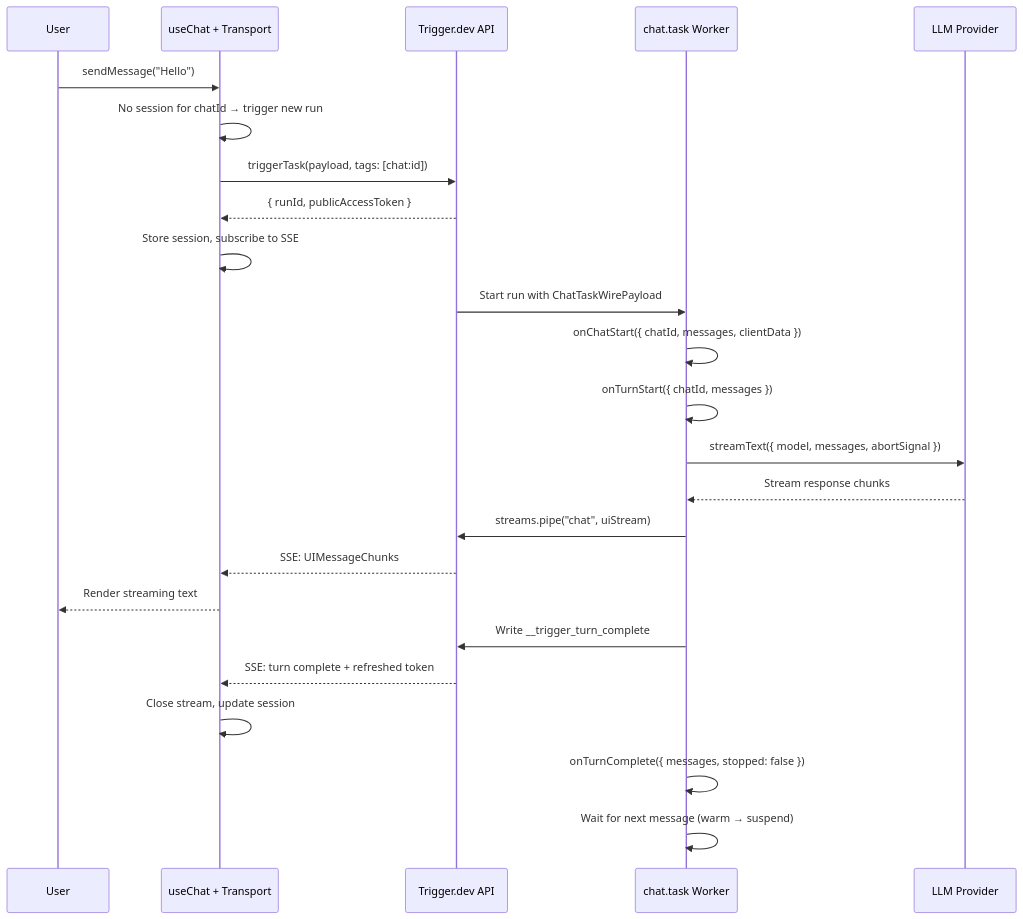
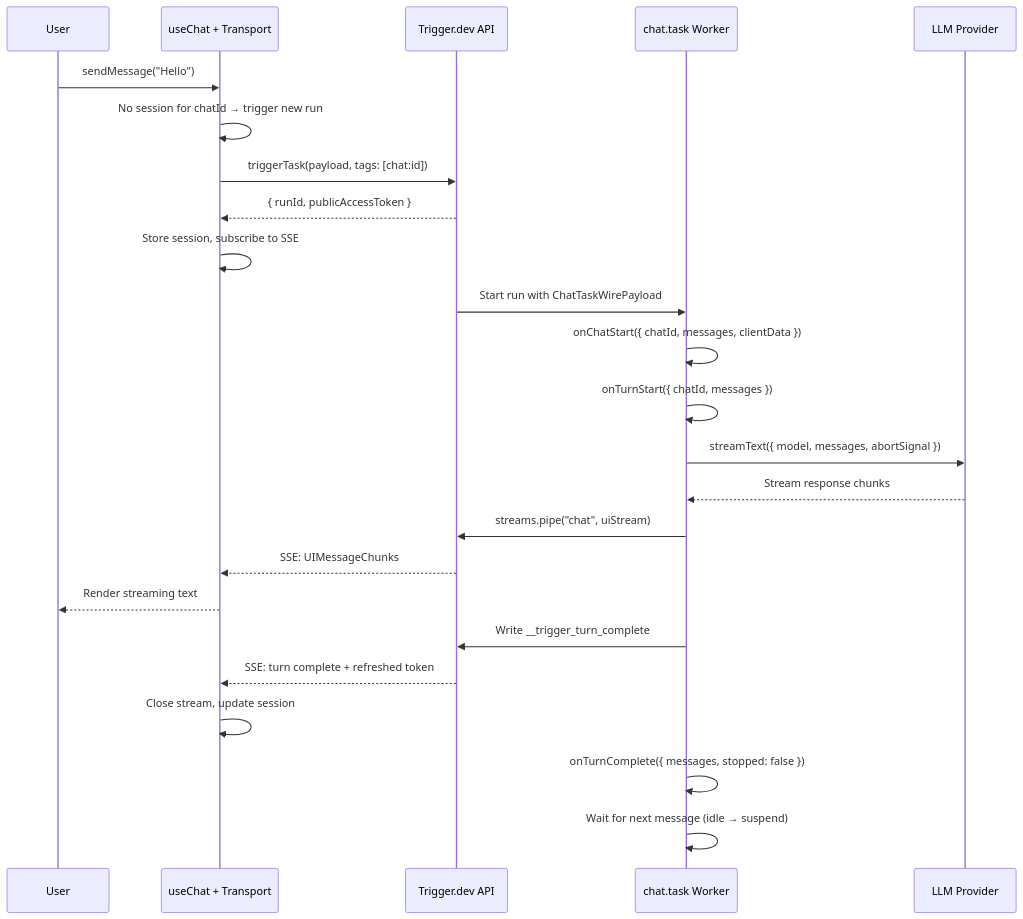
The first of 3 diagrams in docs/ai-chat/overview.mdx (triggerdotdev/trigger.dev), drawn with Mermaid before and after one commit. The commit also changed other lines of this file and 3 other files, not shown here.

Commit message:
docs: rename warmTimeout to idleTimeout in ai-chat docs

````diff
--- a/docs/ai-chat/overview.mdx
+++ b/docs/ai-chat/overview.mdx
@@ -24,28 +24,28 @@
 ```mermaid
 sequenceDiagram
     participant User
     participant useChat as useChat + Transport
     participant API as Trigger.dev API
     participant Task as chat.task Worker
     participant LLM as LLM Provider
 
     User->>useChat: sendMessage("Hello")
     useChat->>useChat: No session for chatId → trigger new run
     useChat->>API: triggerTask(payload, tags: [chat:id])
     API-->>useChat: { runId, publicAccessToken }
     useChat->>useChat: Store session, subscribe to SSE
 
     API->>Task: Start run with ChatTaskWirePayload
     Task->>Task: onChatStart({ chatId, messages, clientData })
     Task->>Task: onTurnStart({ chatId, messages })
     Task->>LLM: streamText({ model, messages, abortSignal })
     LLM-->>Task: Stream response chunks
     Task->>API: streams.pipe("chat", uiStream)
     API-->>useChat: SSE: UIMessageChunks
     useChat-->>User: Render streaming text
     Task->>API: Write __trigger_turn_complete
     API-->>useChat: SSE: turn complete + refreshed token
     useChat->>useChat: Close stream, update session
     Task->>Task: onTurnComplete({ messages, stopped: false })
-    Task->>Task: Wait for next message (warm → suspend)
+    Task->>Task: Wait for next message (idle → suspend)
 ```
````
